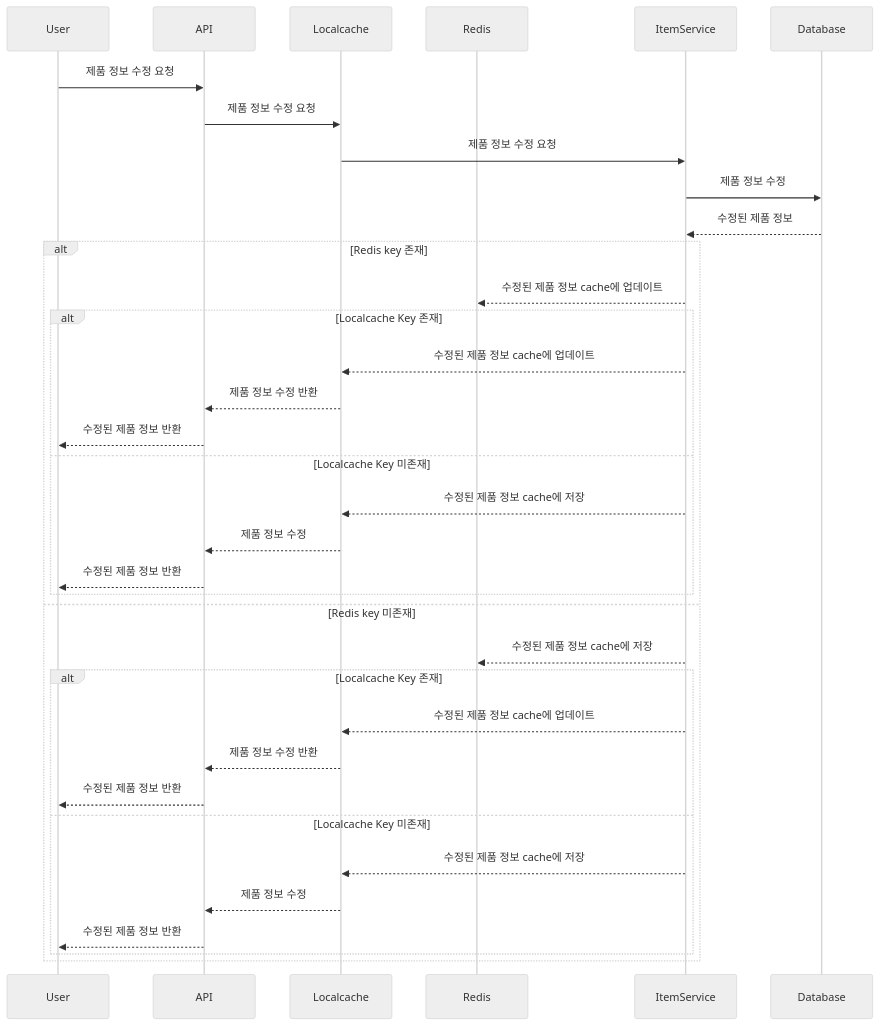
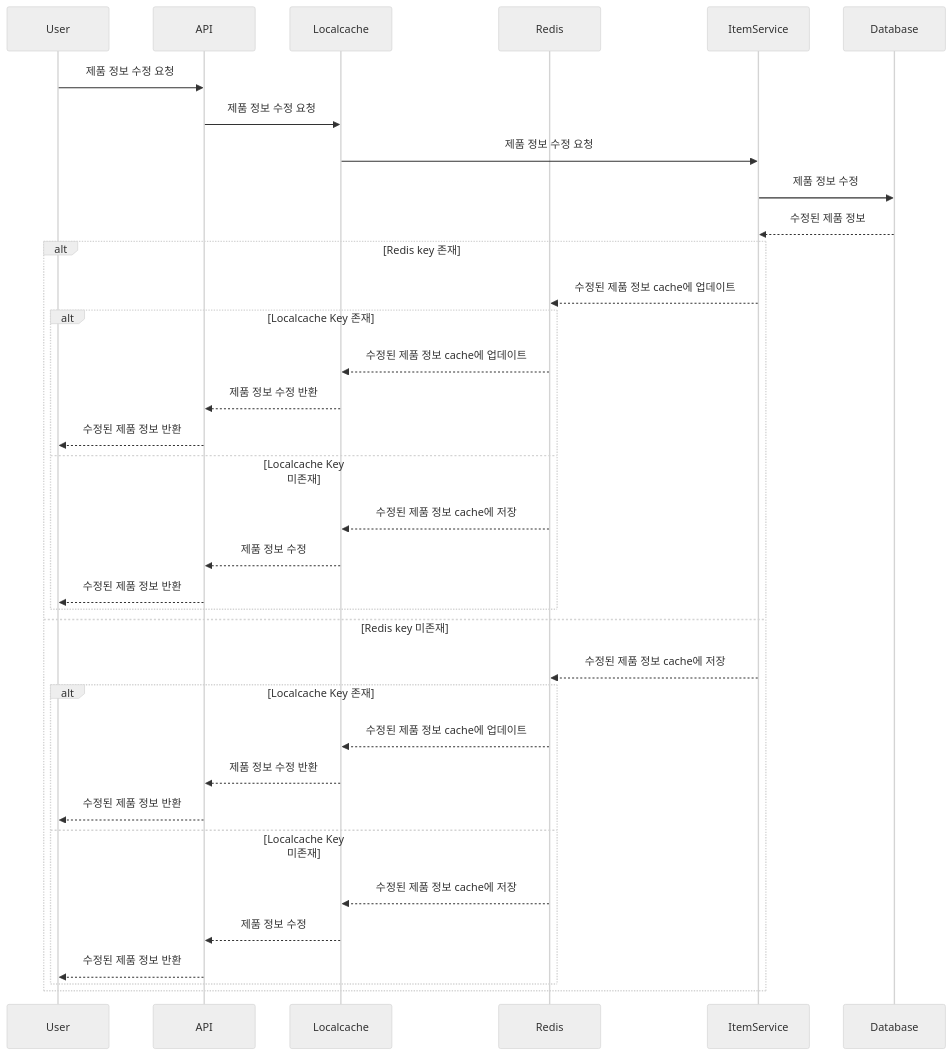
One commit to zzangoobrother/stock-order-project changed the third of 5 diagrams in docs/EventSequence.md. Above: the diagram before and after it, drawn with Mermaid (neutral theme). The commit also changed other lines of this file, not shown here.

Commit message:
docs : 시쿼스 다이어그램 수정

````diff
--- a/docs/EventSequence.md
+++ b/docs/EventSequence.md
@@ -79,38 +79,38 @@
 ```mermaid
 sequenceDiagram
     participant User
     participant API
     participant Localcache
     participant Redis
     participant ItemService
     participant Database
     
     User->>API: 제품 정보 수정 요청
     API->>Localcache: 제품 정보 수정 요청
     Localcache->>ItemService: 제품 정보 수정 요청
     ItemService->>Database: 제품 정보 수정
     Database-->>ItemService: 수정된 제품 정보
     alt Redis key 존재
         ItemService-->>Redis: 수정된 제품 정보 cache에 업데이트
         alt Localcache Key 존재
-            ItemService-->>Localcache: 수정된 제품 정보 cache에 업데이트
+            Redis-->>Localcache: 수정된 제품 정보 cache에 업데이트
             Localcache-->>API: 제품 정보 수정 반환
             API-->>User: 수정된 제품 정보 반환
         else Localcache Key 미존재
-            ItemService-->>Localcache: 수정된 제품 정보 cache에 저장
+            Redis-->>Localcache: 수정된 제품 정보 cache에 저장
             Localcache-->>API: 제품 정보 수정
             API-->>User: 수정된 제품 정보 반환
         end
     else Redis key 미존재
         ItemService-->>Redis: 수정된 제품 정보 cache에 저장
         alt Localcache Key 존재
-            ItemService-->>Localcache: 수정된 제품 정보 cache에 업데이트
+            Redis-->>Localcache: 수정된 제품 정보 cache에 업데이트
             Localcache-->>API: 제품 정보 수정 반환
             API-->>User: 수정된 제품 정보 반환
         else Localcache Key 미존재
-            ItemService-->>Localcache: 수정된 제품 정보 cache에 저장
+            Redis-->>Localcache: 수정된 제품 정보 cache에 저장
             Localcache-->>API: 제품 정보 수정
             API-->>User: 수정된 제품 정보 반환
         end
     end
 ```
````
